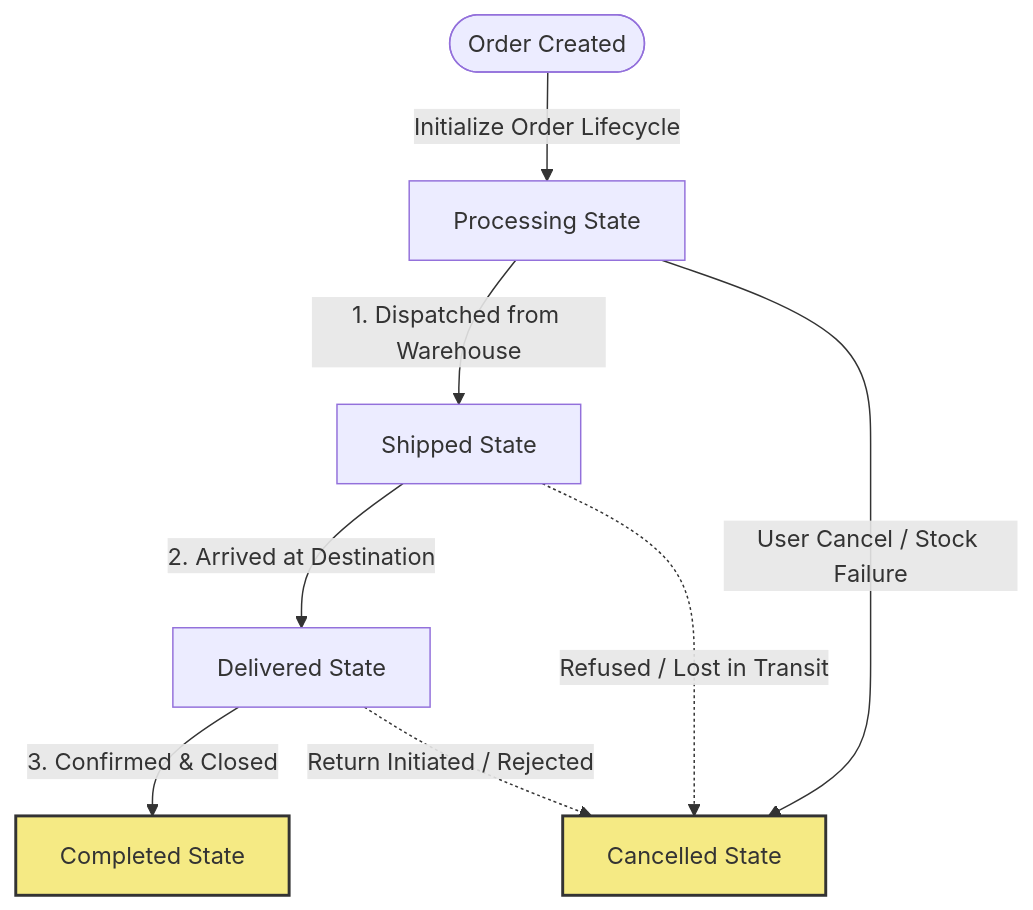
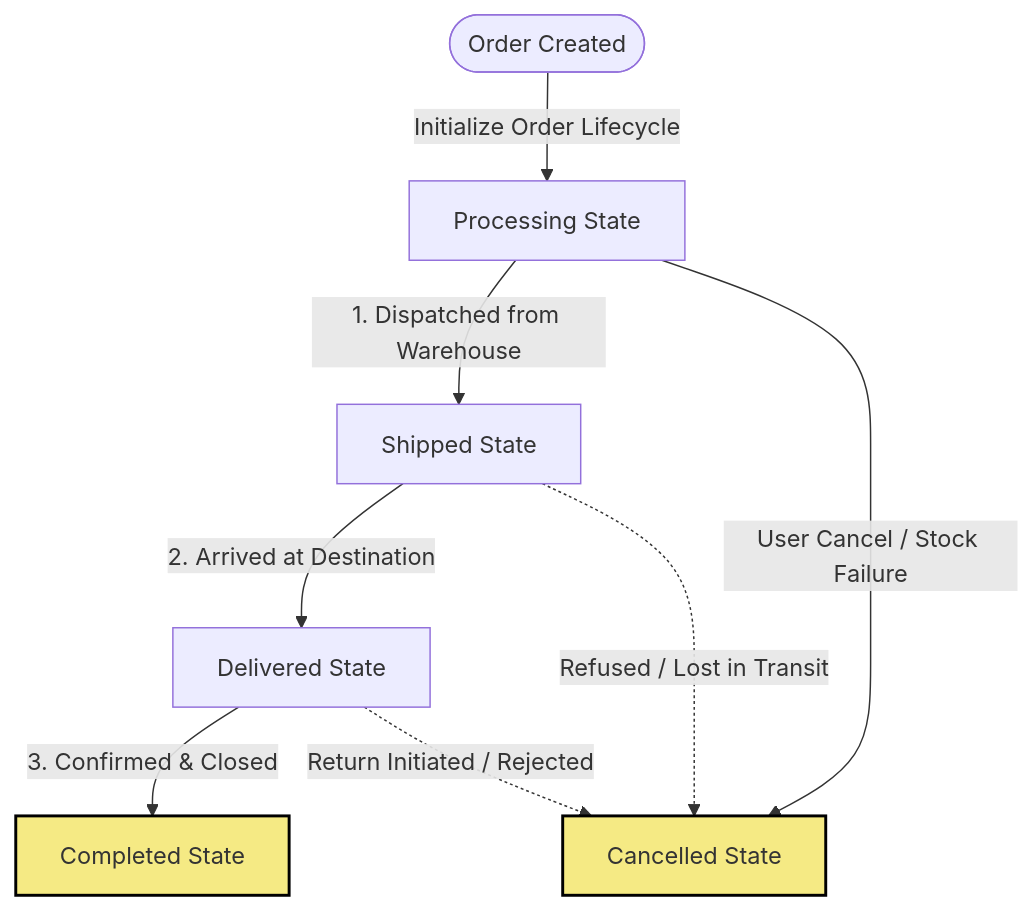
One commit to yewess97/Grace changed the fifth of 11 diagrams in docs/11-project-workflow.md. Above: the diagram before and after it, drawn with Mermaid.

````diff
--- a/docs/11-project-workflow.md
+++ b/docs/11-project-workflow.md
@@ -204,26 +204,26 @@
 ```mermaid
 flowchart TD
     %% Nodes
     Start([Order Created])
     Proc[Processing State]
     Ship[Shipped State]
     Deliv[Delivered State]
     Comp[Completed State]
     Cancel[Cancelled State]
 
     %% Main Success Path (Happy Path)
     Start -->|Initialize Order Lifecycle| Proc
     Proc -->|1. Dispatched from Warehouse| Ship
     Ship -->|2. Arrived at Destination| Deliv
     Deliv -->|3. Confirmed & Closed| Comp
 
     %% Exception Handling (Cancellation Paths)
     Proc --->|User Cancel / Stock Failure| Cancel
     Ship -.->|Refused / Lost in Transit| Cancel
     Deliv -.->|Return Initiated / Rejected| Cancel
 
     %% Terminal States Styling Context
-    classDef terminal fill:#f5ea84,stroke:#333,stroke-width:2px;
+    classDef terminal fill:#f5ea84,stroke:#000000,stroke-width:2px;
     class Comp terminal;
     class Cancel terminal;
 ```
````
